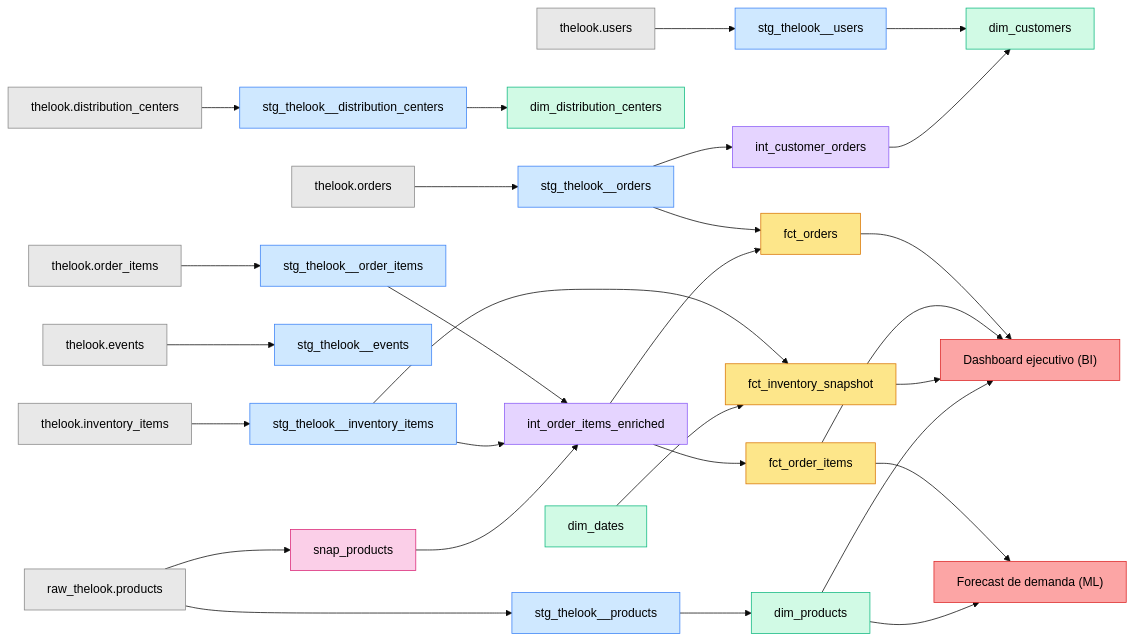
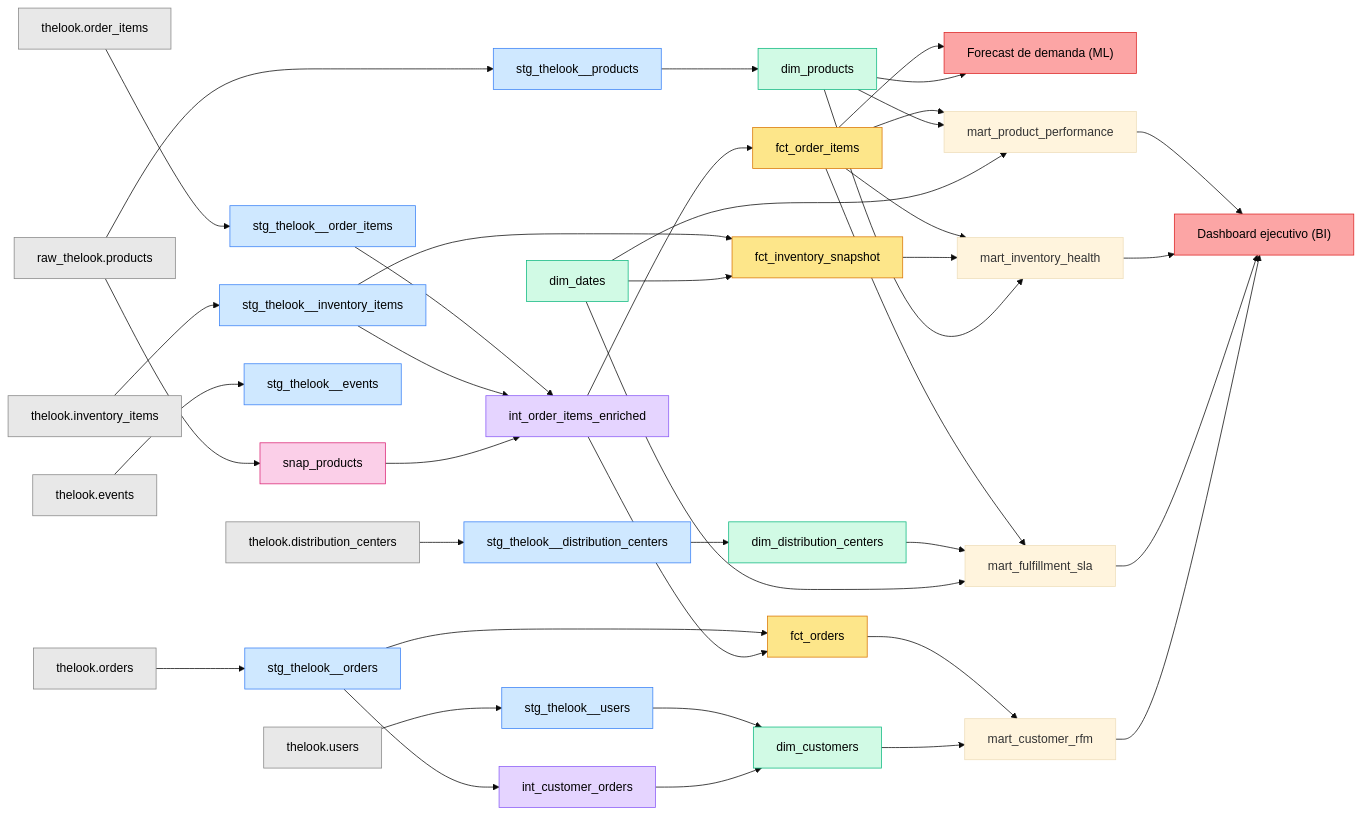
One commit to alexxcode/aleph changed the diagram in docs/lineage.md. Above: the diagram before and after it, drawn with Mermaid (base theme). The commit also changed 9 other files, not shown here.

````diff
--- a/docs/lineage.md
+++ b/docs/lineage.md
@@ -5,65 +5,80 @@
 ```mermaid
 flowchart LR
     dim_customers["dim_customers"]:::dim
     dim_dates["dim_dates"]:::dim
     dim_distribution_centers["dim_distribution_centers"]:::dim
     dim_products["dim_products"]:::dim
     exp_demand_forecast["Forecast de demanda (ML)"]:::exposure
     exp_executive_dashboard["Dashboard ejecutivo (BI)"]:::exposure
     fct_inventory_snapshot["fct_inventory_snapshot"]:::fct
     fct_order_items["fct_order_items"]:::fct
     fct_orders["fct_orders"]:::fct
     int_customer_orders["int_customer_orders"]:::intermediate
     int_order_items_enriched["int_order_items_enriched"]:::intermediate
+    mart_customer_rfm["mart_customer_rfm"]:::model
+    mart_fulfillment_sla["mart_fulfillment_sla"]:::model
+    mart_inventory_health["mart_inventory_health"]:::model
+    mart_product_performance["mart_product_performance"]:::model
     snap_products["snap_products"]:::snap
     src_distribution_centers["thelook.distribution_centers"]:::source
     src_events["thelook.events"]:::source
     src_inventory_items["thelook.inventory_items"]:::source
     src_order_items["thelook.order_items"]:::source
     src_orders["thelook.orders"]:::source
     src_products["raw_thelook.products"]:::source
     src_users["thelook.users"]:::source
     stg_thelook__distribution_centers["stg_thelook__distribution_centers"]:::staging
     stg_thelook__events["stg_thelook__events"]:::staging
     stg_thelook__inventory_items["stg_thelook__inventory_items"]:::staging
     stg_thelook__order_items["stg_thelook__order_items"]:::staging
     stg_thelook__orders["stg_thelook__orders"]:::staging
     stg_thelook__products["stg_thelook__products"]:::staging
     stg_thelook__users["stg_thelook__users"]:::staging
 
+    dim_customers --> mart_customer_rfm
     dim_dates --> fct_inventory_snapshot
+    dim_dates --> mart_fulfillment_sla
+    dim_dates --> mart_product_performance
+    dim_distribution_centers --> mart_fulfillment_sla
     dim_products --> exp_demand_forecast
-    dim_products --> exp_executive_dashboard
-    fct_inventory_snapshot --> exp_executive_dashboard
+    dim_products --> mart_inventory_health
+    dim_products --> mart_product_performance
+    fct_inventory_snapshot --> mart_inventory_health
     fct_order_items --> exp_demand_forecast
-    fct_order_items --> exp_executive_dashboard
-    fct_orders --> exp_executive_dashboard
+    fct_order_items --> mart_fulfillment_sla
+    fct_order_items --> mart_inventory_health
+    fct_order_items --> mart_product_performance
+    fct_orders --> mart_customer_rfm
     int_customer_orders --> dim_customers
     int_order_items_enriched --> fct_order_items
     int_order_items_enriched --> fct_orders
+    mart_customer_rfm --> exp_executive_dashboard
+    mart_fulfillment_sla --> exp_executive_dashboard
+    mart_inventory_health --> exp_executive_dashboard
+    mart_product_performance --> exp_executive_dashboard
     snap_products --> int_order_items_enriched
     src_distribution_centers --> stg_thelook__distribution_centers
     src_events --> stg_thelook__events
     src_inventory_items --> stg_thelook__inventory_items
     src_order_items --> stg_thelook__order_items
     src_orders --> stg_thelook__orders
     src_products --> snap_products
     src_products --> stg_thelook__products
     src_users --> stg_thelook__users
     stg_thelook__distribution_centers --> dim_distribution_centers
     stg_thelook__inventory_items --> fct_inventory_snapshot
     stg_thelook__inventory_items --> int_order_items_enriched
     stg_thelook__order_items --> int_order_items_enriched
     stg_thelook__orders --> fct_orders
     stg_thelook__orders --> int_customer_orders
     stg_thelook__products --> dim_products
     stg_thelook__users --> dim_customers
 
     classDef source fill:#e8e8e8,stroke:#888,color:#000;
     classDef staging fill:#cfe8ff,stroke:#3b82f6,color:#000;
     classDef intermediate fill:#e5d4ff,stroke:#8b5cf6,color:#000;
     classDef dim fill:#d1fae5,stroke:#10b981,color:#000;
     classDef fct fill:#fde68a,stroke:#d97706,color:#000;
     classDef snap fill:#fbcfe8,stroke:#db2777,color:#000;
     classDef exposure fill:#fca5a5,stroke:#dc2626,color:#000;
 ```
````
